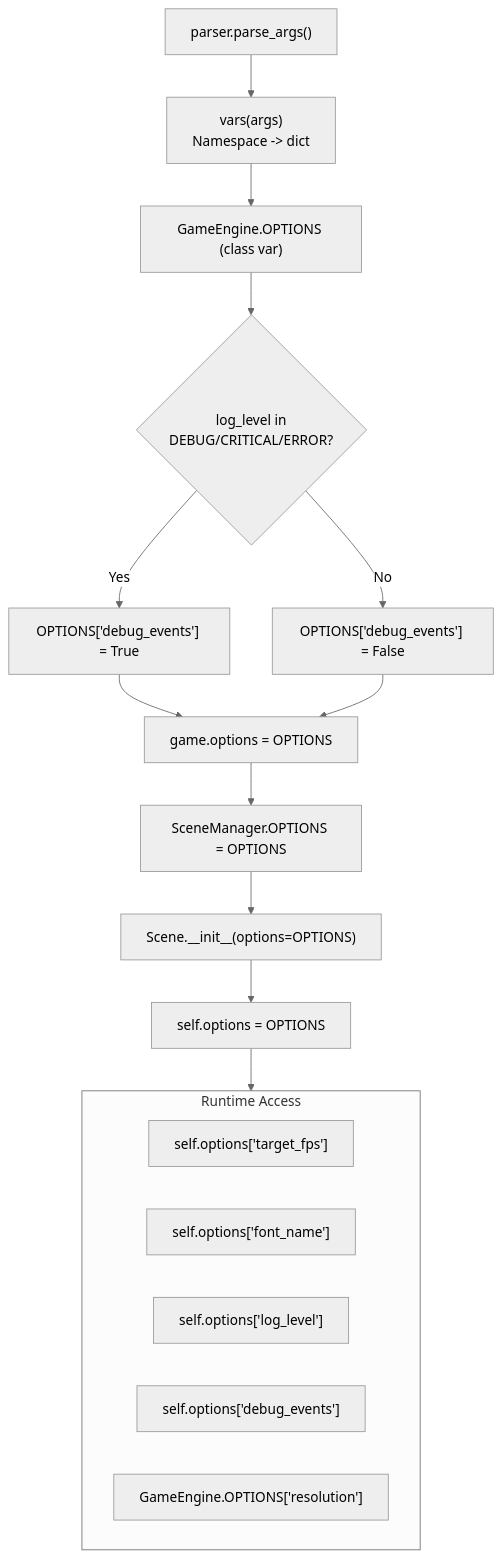
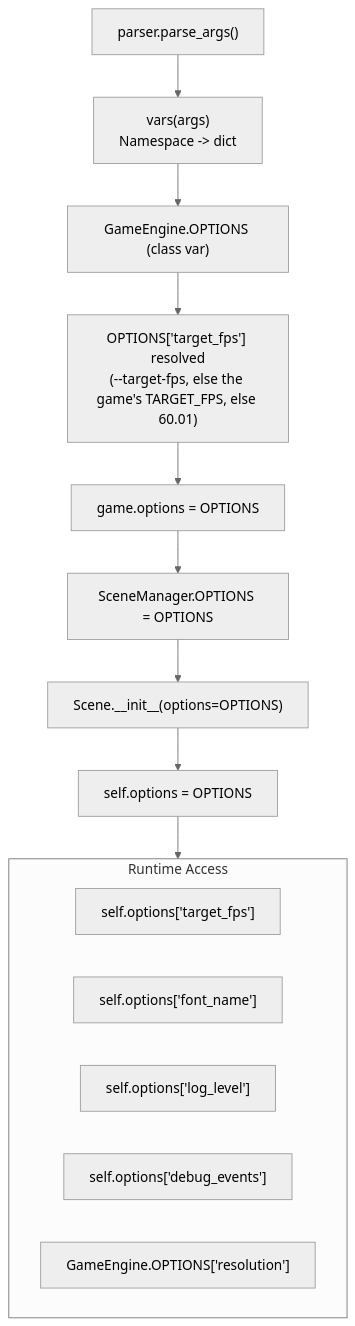
Before and after one commit to terrysimons/glitchygames: the fourth of 4 diagrams in docs/architecture/argument_system.md, drawn with Mermaid (neutral theme). The commit also changed other lines of this file and 571 other files, not shown here.

````diff
--- a/docs/architecture/argument_system.md
+++ b/docs/architecture/argument_system.md
@@ -230,24 +132,21 @@
 ```mermaid
 flowchart TD
     PARSE["parser.parse_args()"] --> VARS["vars(args)\nNamespace -> dict"]
     VARS --> OPT["GameEngine.OPTIONS (class var)"]
 
-    OPT --> SYNTH{"log_level in\nDEBUG/CRITICAL/ERROR?"}
-    SYNTH -->|"Yes"| DEBUG_T["OPTIONS['debug_events'] = True"]
-    SYNTH -->|"No"| DEBUG_F["OPTIONS['debug_events'] = False"]
-
-    DEBUG_T & DEBUG_F --> BACKPROP["game.options = OPTIONS"]
+    OPT --> FPS["OPTIONS['target_fps'] resolved\n(--target-fps, else the game's TARGET_FPS, else 60.01)"]
+    FPS --> BACKPROP["game.options = OPTIONS"]
     BACKPROP --> SM_OPT["SceneManager.OPTIONS = OPTIONS"]
     SM_OPT --> SCENE_INIT["Scene.__init__(options=OPTIONS)"]
     SCENE_INIT --> SELF_OPT["self.options = OPTIONS"]
 
     subgraph Access["Runtime Access"]
         A1["self.options['target_fps']"]
         A2["self.options['font_name']"]
         A3["self.options['log_level']"]
         A4["self.options['debug_events']"]
         A5["GameEngine.OPTIONS['resolution']"]
     end
 
     SELF_OPT --> Access
 ```
````
